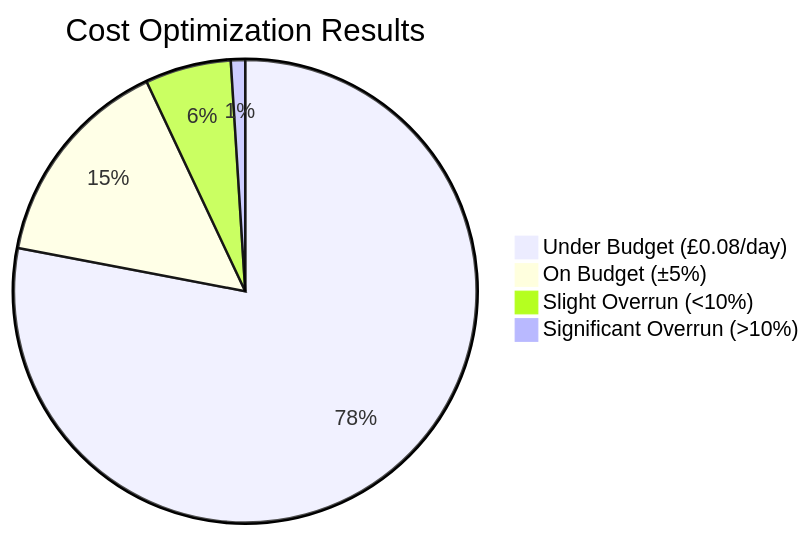
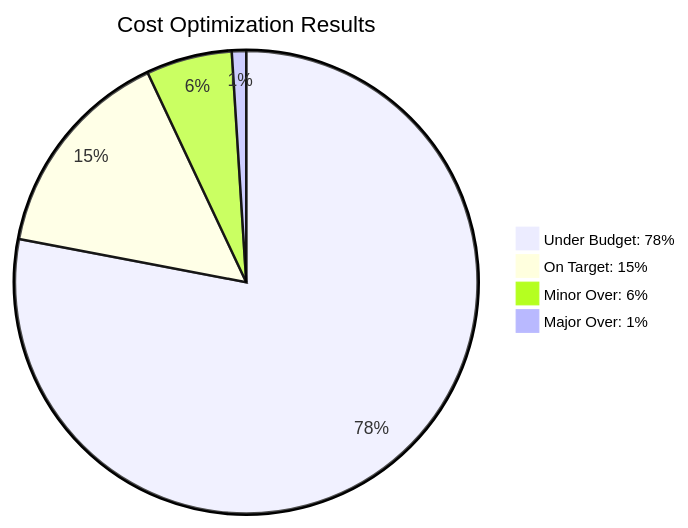
One commit to victorsaly/WorldLeadersGame changed the fifth of 9 diagrams in docs/_posts/2025-08-08-azure-cost-optimization-educational-platforms-per-user-attribution.md. Above: the diagram before and after it, drawn with Mermaid. The commit also changed other lines of this file and 1 other file, not shown here.

````diff
--- a/docs/_posts/2025-08-08-azure-cost-optimization-educational-platforms-per-user-attribution.md
+++ b/docs/_posts/2025-08-08-azure-cost-optimization-educational-platforms-per-user-attribution.md
@@ -415,7 +464,8 @@
 ```mermaid
+%%{init: {'pie': {'textPosition': 0.85}, 'themeVariables': {'pieOuterStrokeWidth': '2px', 'pieSectionTextSize': '14px', 'pieTitleTextSize': '18px', 'pieLegendTextSize': '12px'}}}%%
 pie title Cost Optimization Results
-    "Under Budget (£0.08/day)" : 78
-    "On Budget (±5%)" : 15
-    "Slight Overrun (<10%)" : 6
-    "Significant Overrun (>10%)" : 1
+    "Under Budget: 78%" : 78
+    "On Target: 15%" : 15
+    "Minor Over: 6%" : 6
+    "Major Over: 1%" : 1
 ```
````
